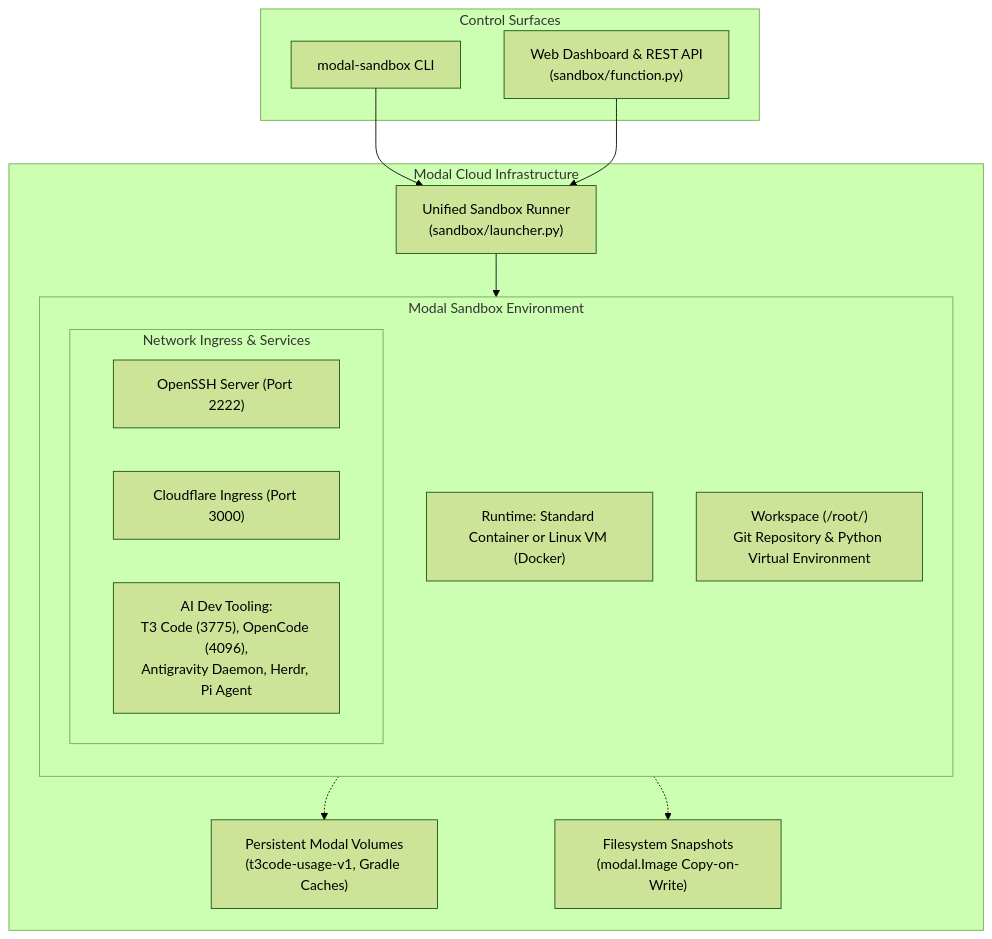
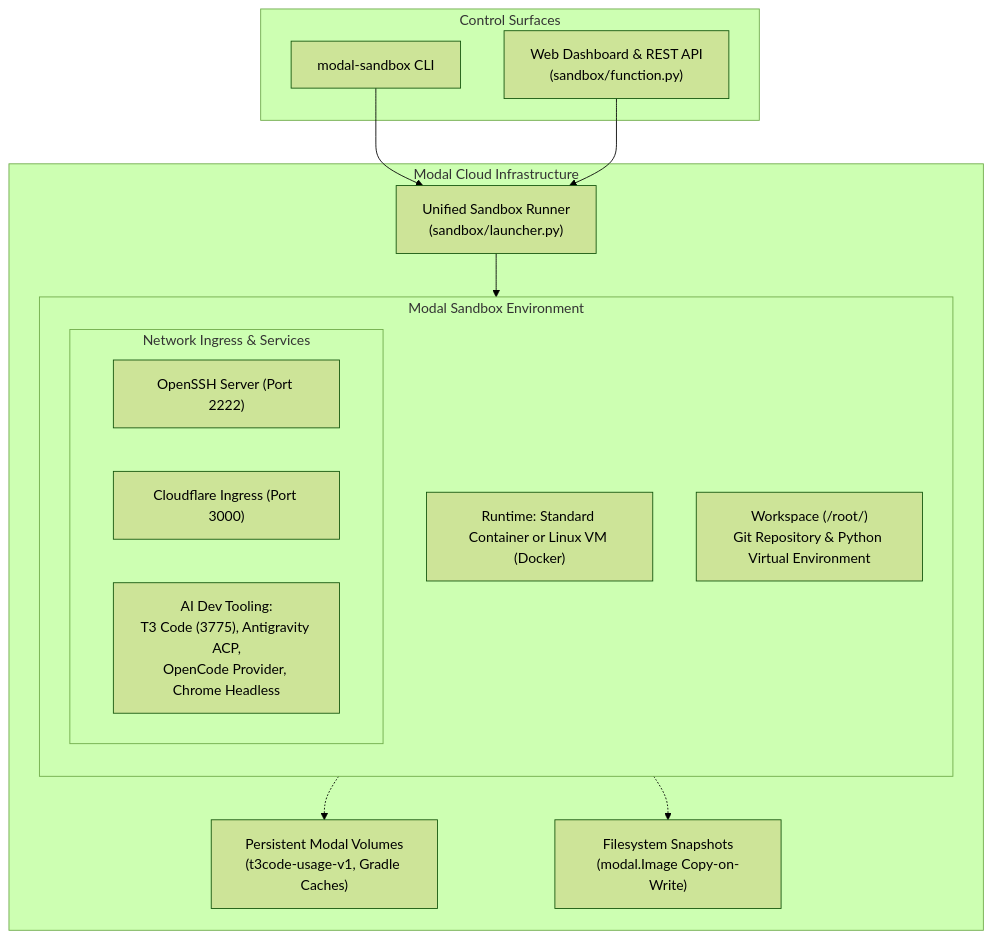
One commit to YoungMahesh/software-factory changed the diagram in docs/index.md. Above: the diagram before and after it, drawn with Mermaid (forest theme). The commit also changed other lines of this file and 33 other files, not shown here.

````diff
--- a/docs/index.md
+++ b/docs/index.md
@@ -9,32 +9,32 @@
 ```mermaid
 flowchart TD
     subgraph Client["Control Surfaces"]
         CLI["modal-sandbox CLI"]
         WebUI["Web Dashboard & REST API<br/>(sandbox/function.py)"]
     end
 
     subgraph ModalCloud["Modal Cloud Infrastructure"]
         Runner["Unified Sandbox Runner<br/>(sandbox/launcher.py)"]
         
         subgraph Sandbox["Modal Sandbox Environment"]
             direction TB
             Runtime["Runtime: Standard Container or Linux VM (Docker)"]
             Workspace["Workspace (/root/<name>)<br/>Git Repository & Python Virtual Environment"]
             
             subgraph Services["Network Ingress & Services"]
                 SSH["OpenSSH Server (Port 2222)"]
                 Tunnel["Cloudflare Ingress (Port 3000)"]
-                AgentTools["AI Dev Tooling:<br/>T3 Code (3775), OpenCode (4096),<br/>Antigravity Daemon, Herdr, Pi Agent"]
+                AgentTools["AI Dev Tooling:<br/>T3 Code (3775), Antigravity ACP,<br/>OpenCode Provider, Chrome Headless"]
             end
         end
 
         Volume["Persistent Modal Volumes<br/>(t3code-usage-v1, Gradle Caches)"]
         Snapshots["Filesystem Snapshots<br/>(modal.Image Copy-on-Write)"]
     end
 
     CLI --> Runner
     WebUI --> Runner
     Runner --> Sandbox
     Sandbox -.-> Volume
     Sandbox -.-> Snapshots
 ```
````
